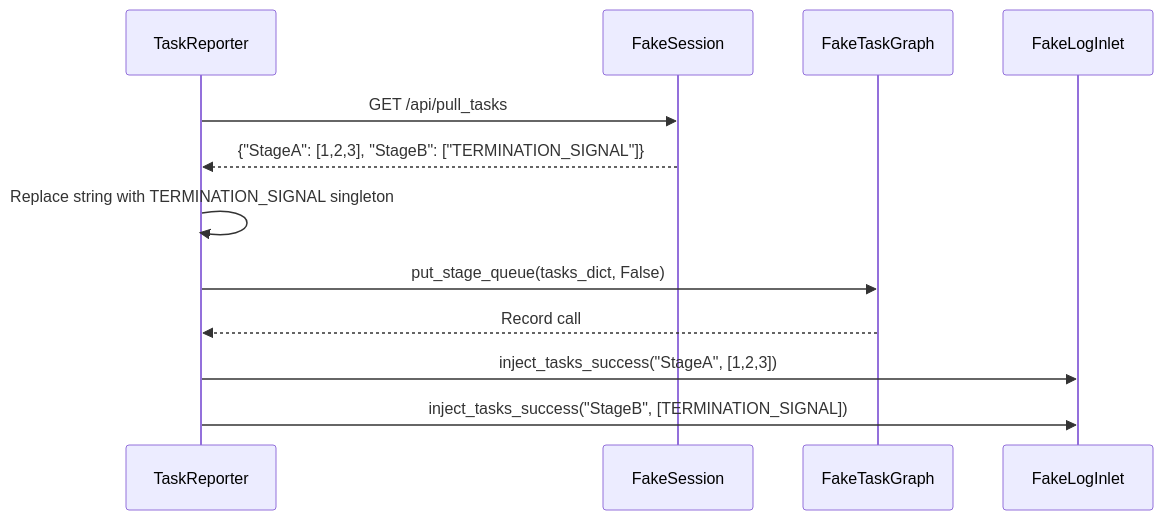
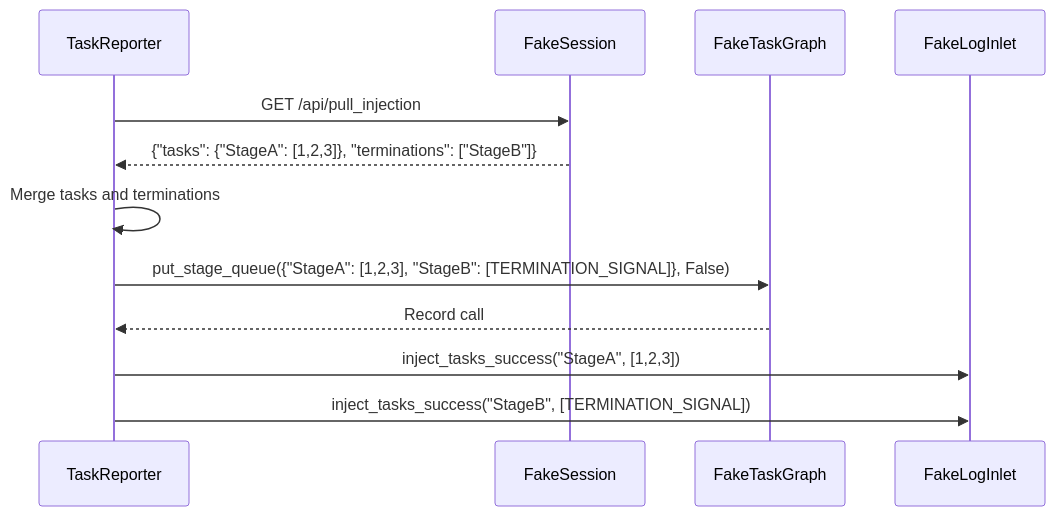
The diagram in docs/en/tests/observability/test_reporter_injection.md (Mr-xiaotian/CelestialFlow), drawn with Mermaid before and after one commit. The commit also changed other lines of this file and 133 other files, not shown here.

````diff
--- a/docs/en/tests/observability/test_reporter_injection.md
+++ b/docs/en/tests/observability/test_reporter_injection.md
@@ -31,15 +31,15 @@
 ```mermaid
 sequenceDiagram
     participant R as TaskReporter
     participant S as FakeSession
     participant G as FakeTaskGraph
     participant L as FakeLogInlet
 
-    R->>S: GET /api/pull_tasks
-    S-->>R: {"StageA": [1,2,3], "StageB": ["TERMINATION_SIGNAL"]}
-    R->>R: Replace string with TERMINATION_SIGNAL singleton
-    R->>G: put_stage_queue(tasks_dict, False)
+    R->>S: GET /api/pull_injection
+    S-->>R: {"tasks": {"StageA": [1,2,3]}, "terminations": ["StageB"]}
+    R->>R: Merge tasks and terminations
+    R->>G: put_stage_queue({"StageA": [1,2,3], "StageB": [TERMINATION_SIGNAL]}, False)
     G-->>R: Record call
     R->>L: inject_tasks_success("StageA", [1,2,3])
     R->>L: inject_tasks_success("StageB", [TERMINATION_SIGNAL])
 ```
````
